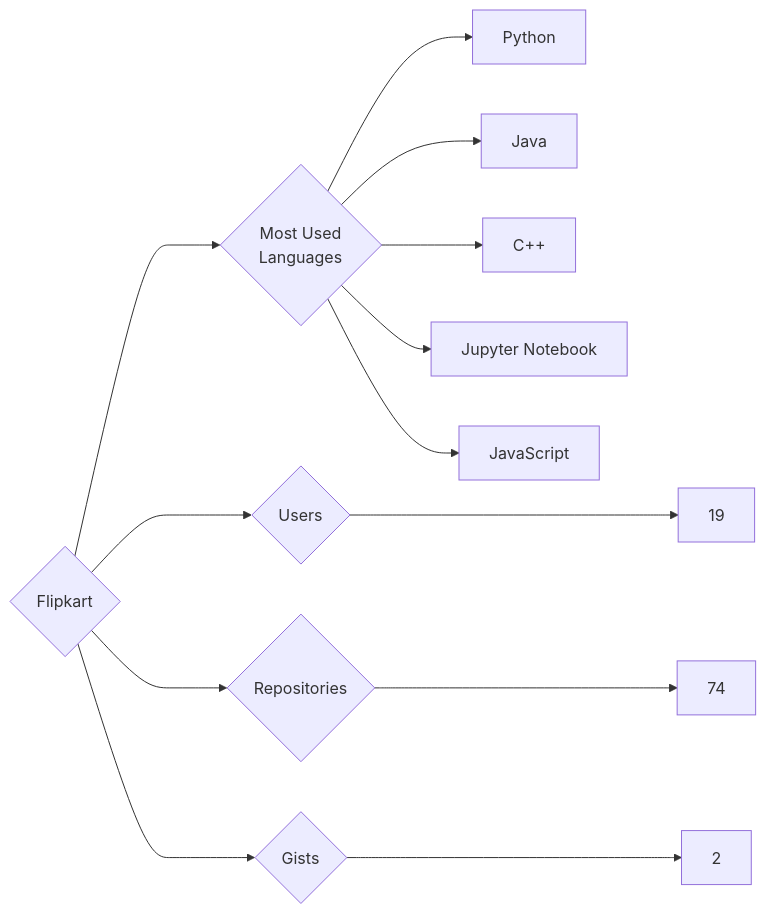
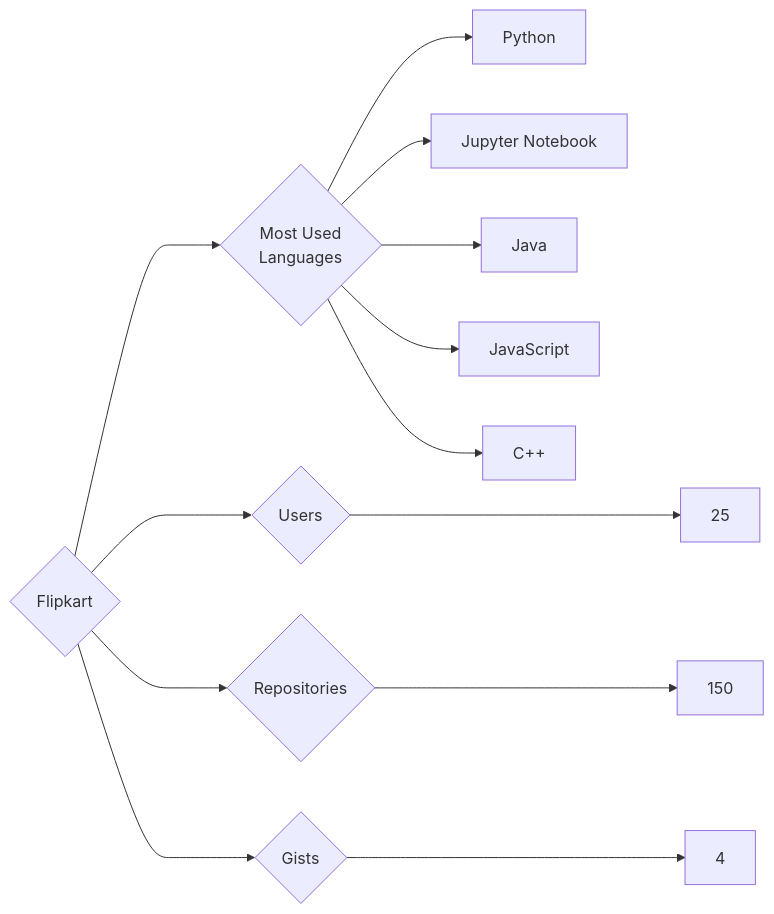
One commit to trickest/insiders changed the diagram in targets/Flipkart/README.md. Above: the diagram before and after it, drawn with Mermaid. The commit also changed 900 other files, not shown here.

````diff
--- a/targets/Flipkart/README.md
+++ b/targets/Flipkart/README.md
@@ -3,13 +3,13 @@
 ```mermaid
 graph LR
 COMPANY_NAME{Flipkart}
-COMPANY_NAME ---> U{Users} ---> UN[19]
-COMPANY_NAME ---> R{Repositories} ---> RN[74]
-COMPANY_NAME ---> G{Gists} ---> GN[2]
+COMPANY_NAME ---> U{Users} ---> UN[25]
+COMPANY_NAME ---> R{Repositories} ---> RN[150]
+COMPANY_NAME ---> G{Gists} ---> GN[4]
 COMPANY_NAME ---> ML{Most Used<br>Languages}
 ML --> Python[Python]
+ML --> Jupyter_Notebook[Jupyter Notebook]
 ML --> Java[Java]
+ML --> JavaScript[JavaScript]
 ML --> C++[C++]
-ML --> Jupyter_Notebook[Jupyter Notebook]
-ML --> JavaScript[JavaScript]
 ```
````
